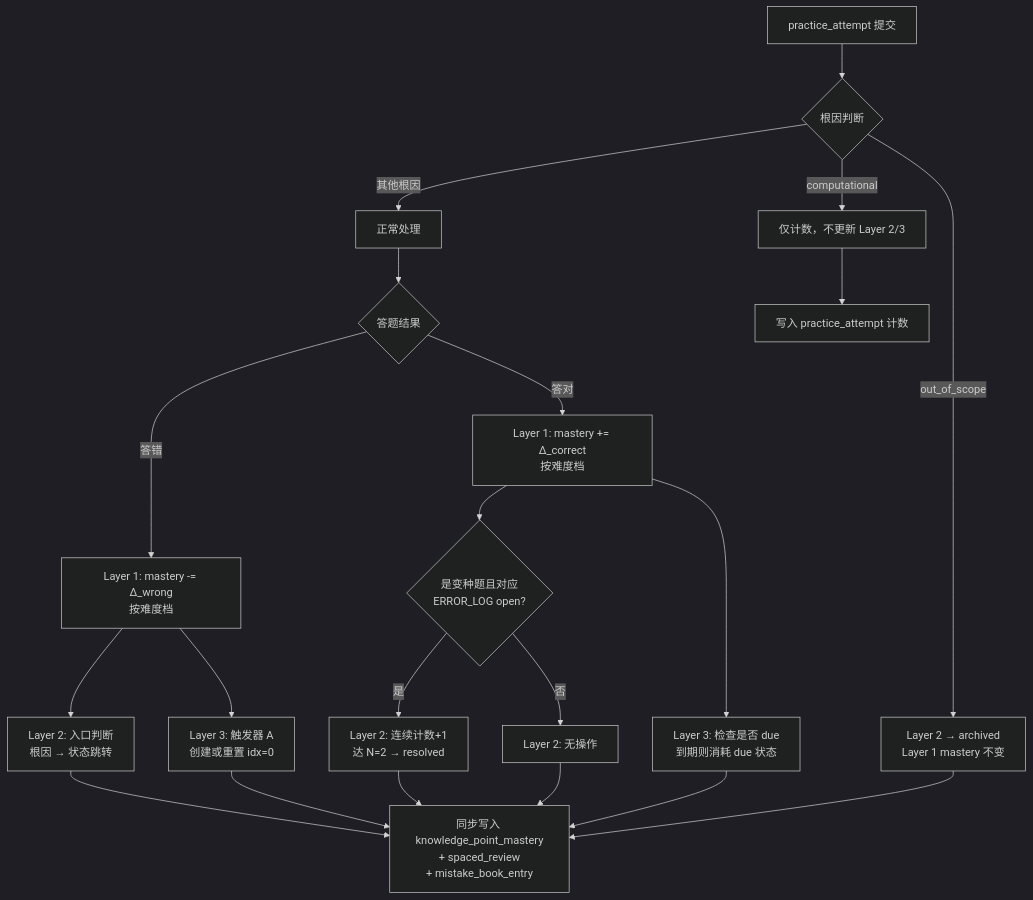
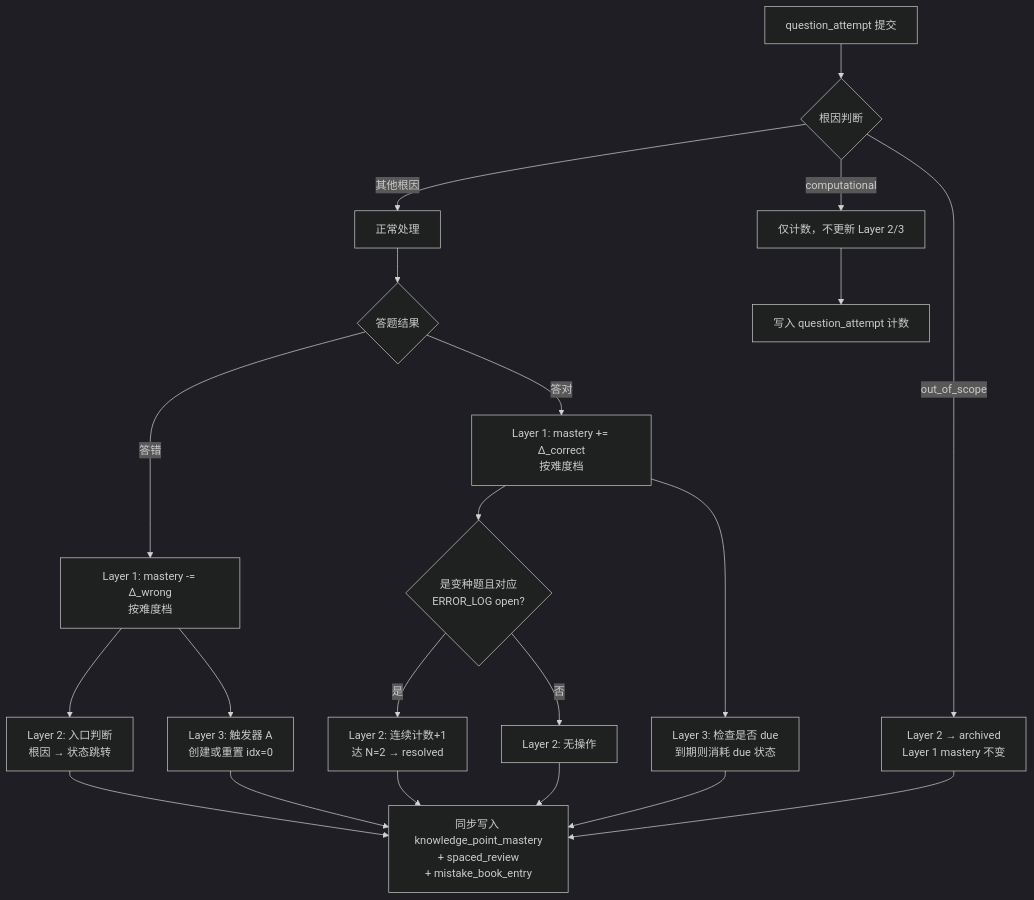
Before and after one commit to swingboat/hao-hao-study: the sixth of 19 diagrams in docs/PRD/SmartLearningAssistant_PRD.md, drawn with Mermaid (dark theme). The commit also changed other lines of this file and 27 other files, not shown here.

````diff
--- a/docs/PRD/SmartLearningAssistant_PRD.md
+++ b/docs/PRD/SmartLearningAssistant_PRD.md
@@ -1056,30 +1056,30 @@
 ```mermaid
 flowchart TD
-    A[practice_attempt 提交] --> B{根因判断}
+    A[question_attempt 提交] --> B{根因判断}
 
     B -->|computational| C1[仅计数，不更新 Layer 2/3]
     B -->|out_of_scope| C2[Layer 2 → archived\nLayer 1 mastery 不变]
     B -->|其他根因| D[正常处理]
 
     D --> E{答题结果}
 
     E -->|答对| F1[Layer 1: mastery += Δ_correct\n按难度档]
     E -->|答错| F2[Layer 1: mastery -= Δ_wrong\n按难度档]
 
     F2 --> G[Layer 2: 入口判断\n根因 → 状态跳转]
     F2 --> H[Layer 3: 触发器 A\n创建或重置 idx=0]
 
     F1 --> I{是变种题且对应\nERROR_LOG open?}
     I -->|是| J[Layer 2: 连续计数+1\n达 N=2 → resolved]
     I -->|否| K[Layer 2: 无操作]
 
     F1 --> L[Layer 3: 检查是否 due\n到期则消耗 due 状态]
 
     G --> M[同步写入 knowledge_point_mastery\n+ spaced_review\n+ mistake_book_entry]
     H --> M
     J --> M
     K --> M
     L --> M
-    C1 --> N[写入 practice_attempt 计数]
+    C1 --> N[写入 question_attempt 计数]
     C2 --> M
 ```
````
